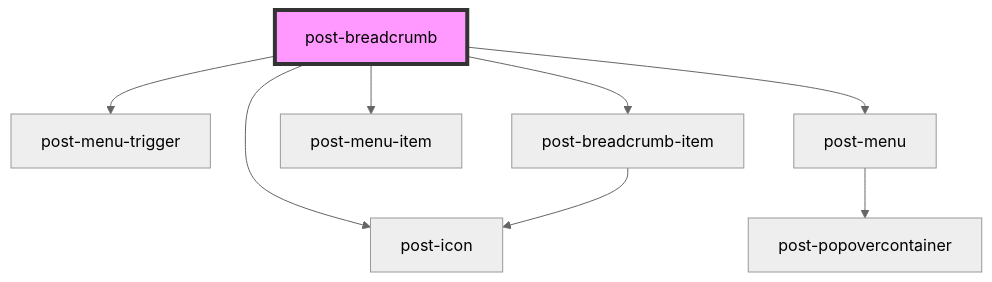
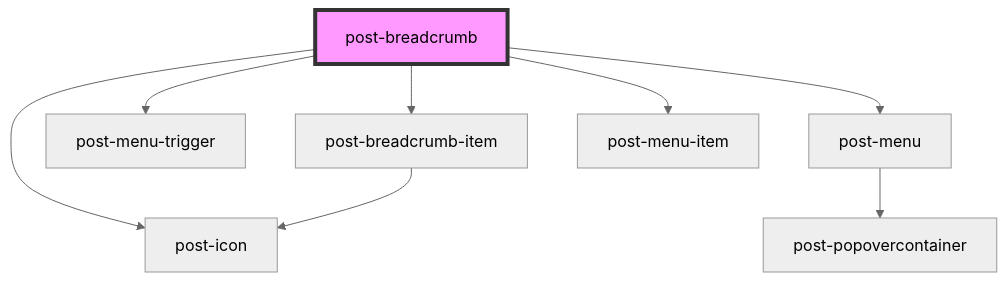
The diagram in packages/components/src/components/post-breadcrumb/readme.md (swisspost/design-system), drawn with Mermaid (neutral theme) before and after one commit. The commit also changed other lines of this file, not shown here.

````diff
--- a/packages/components/src/components/post-breadcrumb/readme.md
+++ b/packages/components/src/components/post-breadcrumb/readme.md
@@ -27,11 +27,11 @@
 ```mermaid
 graph TD;
   post-breadcrumb --> post-icon
+  post-breadcrumb --> post-breadcrumb-item
   post-breadcrumb --> post-menu-trigger
   post-breadcrumb --> post-menu
   post-breadcrumb --> post-menu-item
-  post-breadcrumb --> post-breadcrumb-item
+  post-breadcrumb-item --> post-icon
   post-menu --> post-popovercontainer
-  post-breadcrumb-item --> post-icon
   style post-breadcrumb fill:#f9f,stroke:#333,stroke-width:4px
 ```
````
